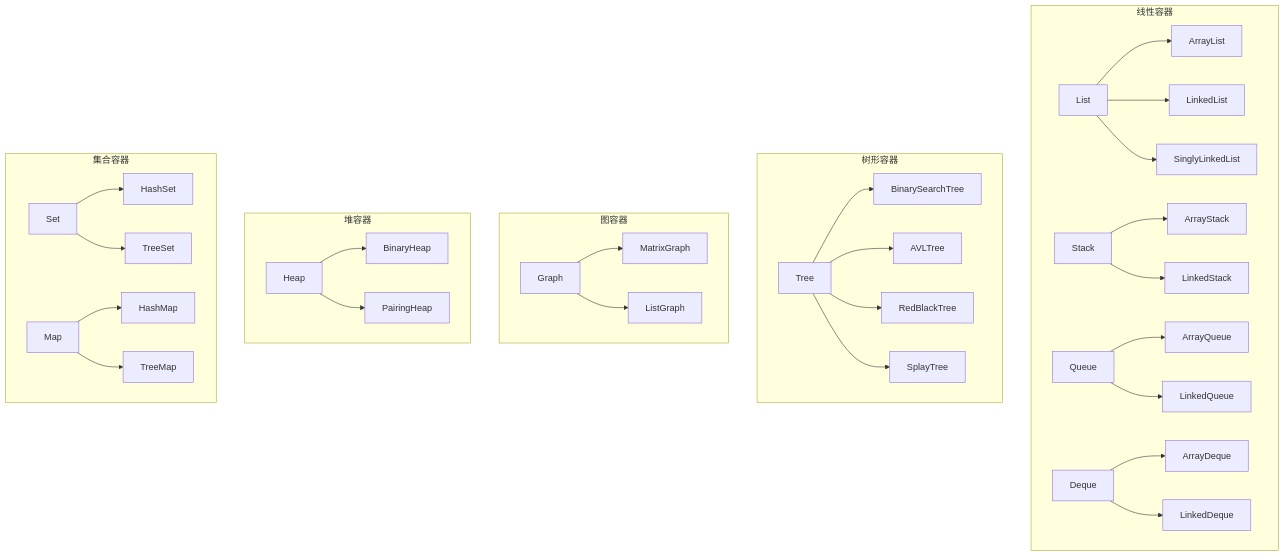
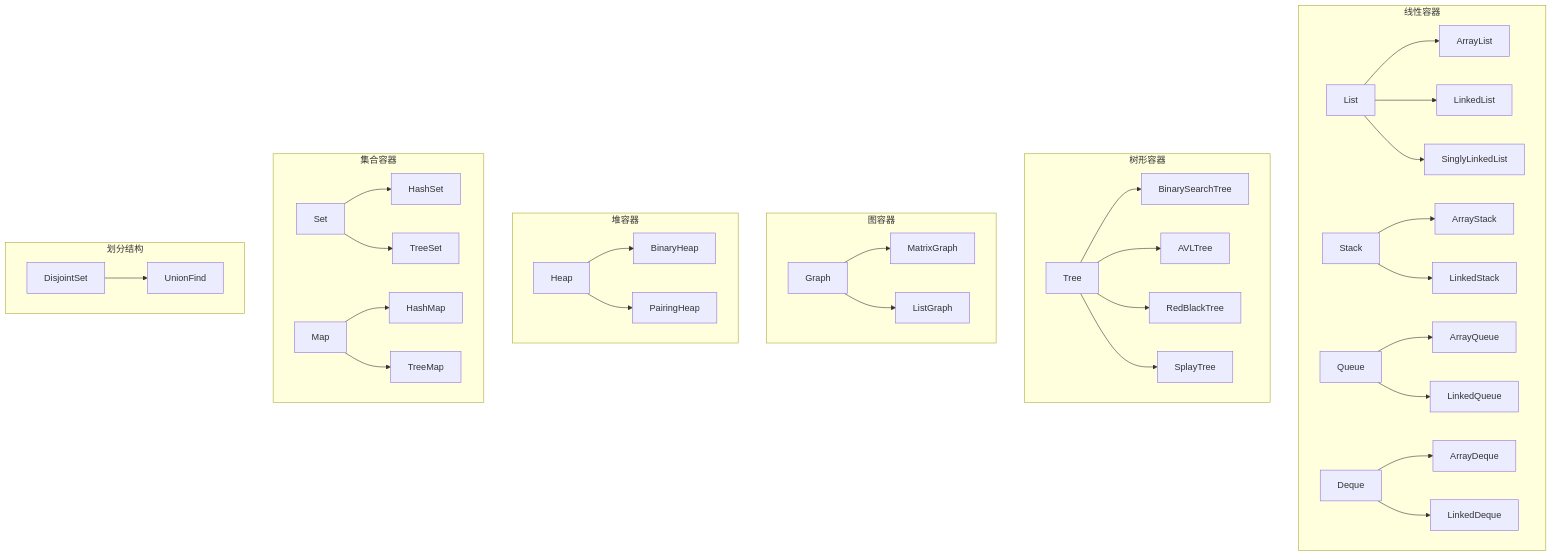
Before and after one commit to chen-qingyu/hellods: the diagram in readme.md, drawn with Mermaid. The commit also changed other lines of this file and 2 other files, not shown here.

````diff
--- a/readme.md
+++ b/readme.md
@@ -27,22 +27,25 @@
 ```mermaid
 graph TD
     subgraph 线性["线性容器"]
         List --> ArrayList & LinkedList & SinglyLinkedList
         Stack --> ArrayStack & LinkedStack
         Queue --> ArrayQueue & LinkedQueue
         Deque --> ArrayDeque & LinkedDeque
     end
     subgraph 树形["树形容器"]
         Tree --> BinarySearchTree & AVLTree & RedBlackTree & SplayTree
     end
     subgraph 图形["图容器"]
         Graph --> MatrixGraph & ListGraph
     end
     subgraph 堆["堆容器"]
         Heap --> BinaryHeap & PairingHeap
     end
     subgraph 集合["集合容器"]
         Set --> HashSet & TreeSet
         Map --> HashMap & TreeMap
     end
+    subgraph 划分["划分结构"]
+        DisjointSet --> UnionFind
+    end
 ```
````
